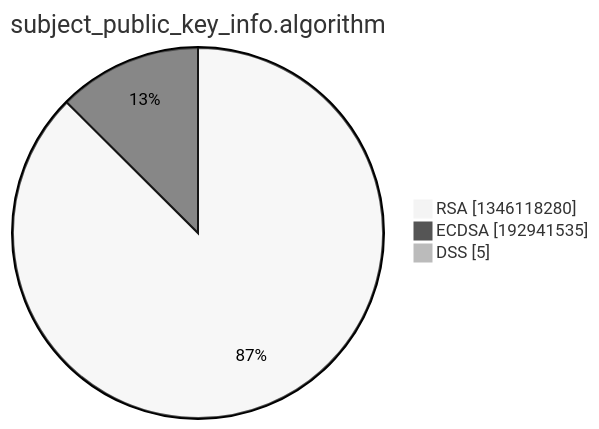
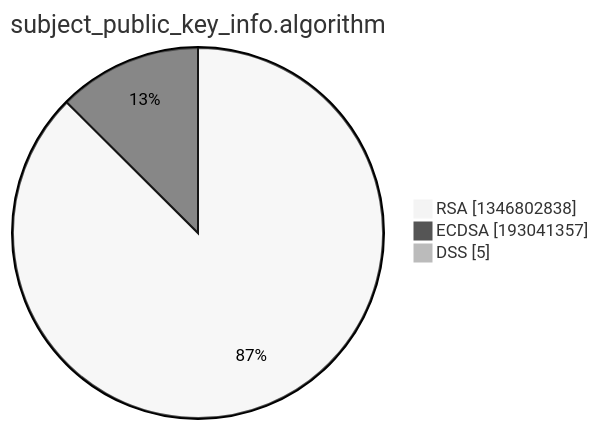
Before and after one commit to christiankrug/ctmonitor_visualization: the third of 15 diagrams in xenon2022/README.md, drawn with Mermaid (neutral theme). The commit also changed other lines of this file, not shown here.

````diff
--- a/xenon2022/README.md
+++ b/xenon2022/README.md
@@ -14,7 +14,7 @@
 ```mermaid
 pie showData
 title subject_public_key_info.algorithm
-"RSA" :1346118280
-"ECDSA" :192941535
+"RSA" :1346802838
+"ECDSA" :193041357
 "DSS" :5
 ```
````
